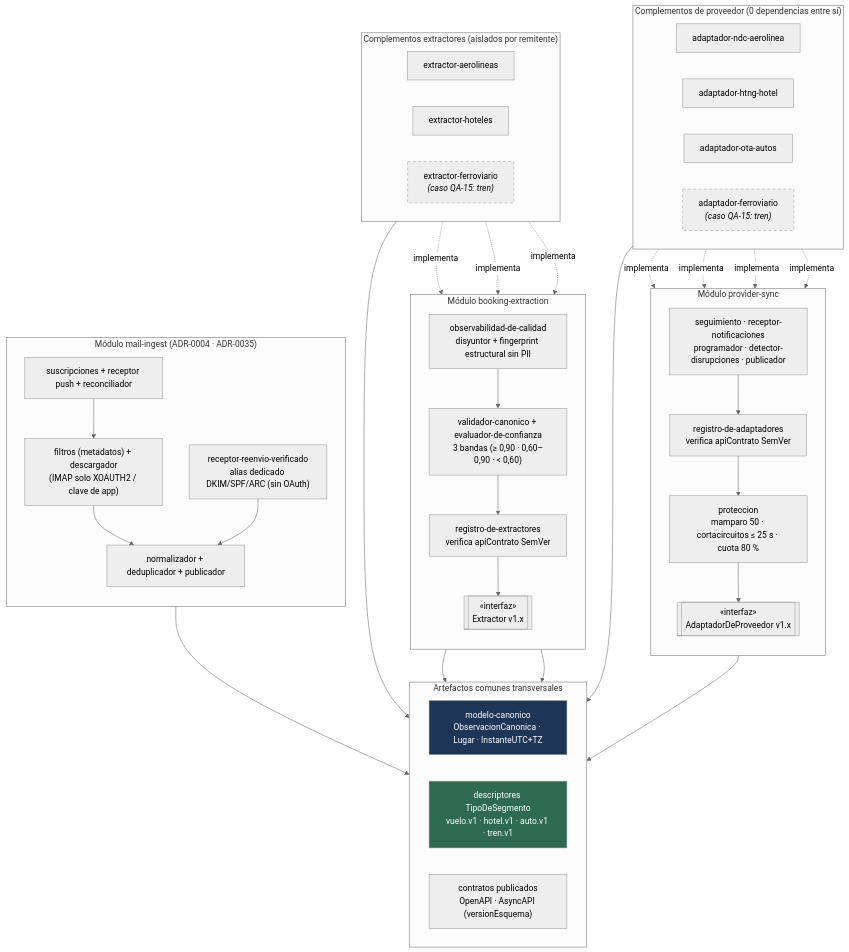
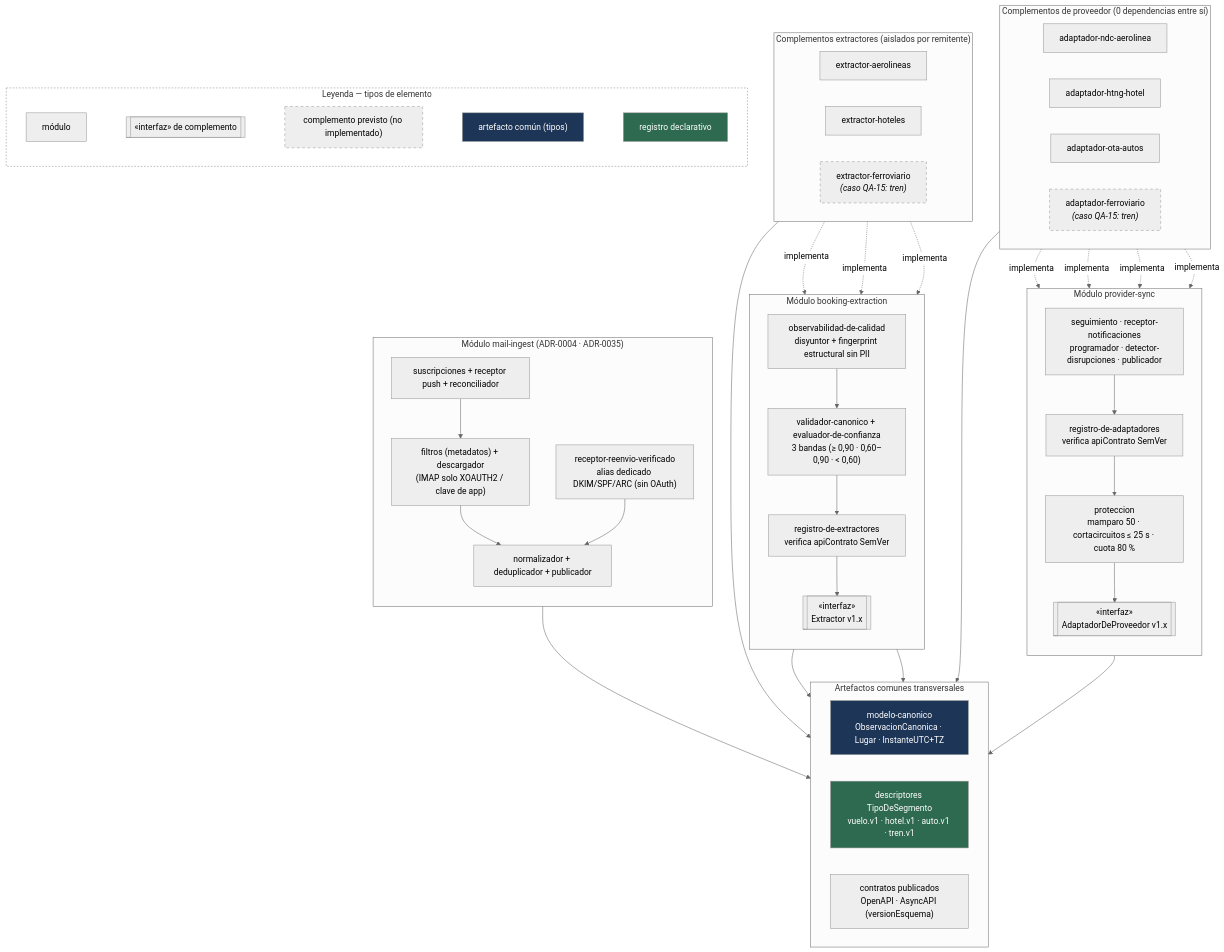
The first of 2 diagrams in docs/04-vistas/vista-modulos-adaptadores.md (JereAguilar1/TPE-ing1), drawn with Mermaid (neutral theme) before and after one commit. The commit also changed other lines of this file and 50 other files, not shown here.

````diff
--- a/docs/04-vistas/vista-modulos-adaptadores.md
+++ b/docs/04-vistas/vista-modulos-adaptadores.md
@@ -96,4 +96,18 @@
     style DESC fill:#2d6a4f,color:#fff
     style PL_TREN stroke-dasharray: 5 5
     style EX_TRN stroke-dasharray: 5 5
+
+    subgraph LEYENDA["Leyenda — tipos de elemento"]
+        direction LR
+        LEY_MOD["módulo"]
+        LEY_INT[["«interfaz» de complemento"]]
+        LEY_FUT["complemento previsto (no implementado)"]
+        LEY_COM["artefacto común (tipos)"]
+        LEY_DES["registro declarativo"]
+        LEY_MOD ~~~ LEY_INT ~~~ LEY_FUT ~~~ LEY_COM ~~~ LEY_DES
+    end
+    style LEY_FUT stroke-dasharray: 5 5
+    style LEY_COM fill:#1d3557,color:#fff
+    style LEY_DES fill:#2d6a4f,color:#fff
+    style LEYENDA fill:#ffffff,stroke:#888,stroke-dasharray: 3 3
 ```
````
